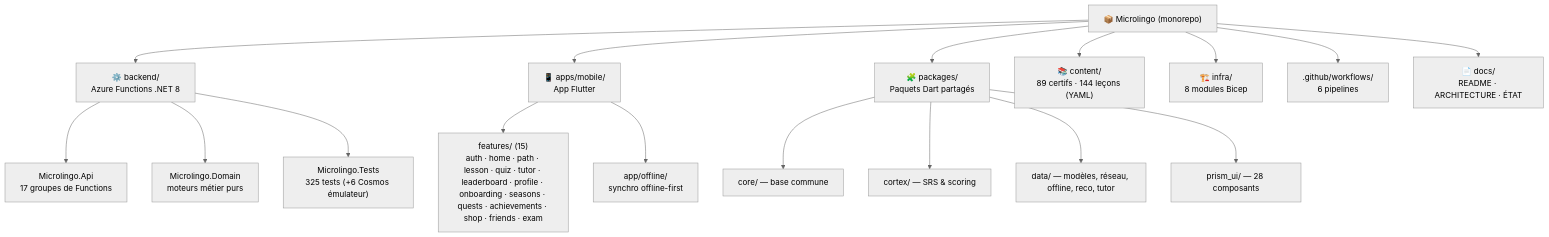
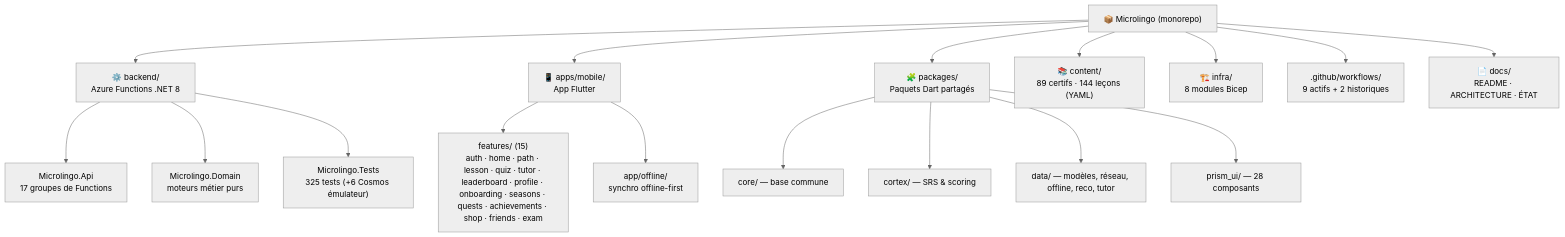
One commit to gaby27072001/certigo changed the first of 5 diagrams in docs/ETAT_DU_PROJET.md. Above: the diagram before and after it, drawn with Mermaid (neutral theme). The commit also changed other lines of this file and 3 other files, not shown here.

````diff
--- a/docs/ETAT_DU_PROJET.md
+++ b/docs/ETAT_DU_PROJET.md
@@ -60,24 +60,24 @@
 ```mermaid
 graph TD
     ROOT["📦 Microlingo (monorepo)"]
 
     ROOT --> BE["⚙️ backend/<br/>Azure Functions .NET 8"]
     ROOT --> APP["📱 apps/mobile/<br/>App Flutter"]
     ROOT --> PKG["🧩 packages/<br/>Paquets Dart partagés"]
     ROOT --> CNT["📚 content/<br/>89 certifs · 144 leçons (YAML)"]
     ROOT --> INF["🏗️ infra/<br/>8 modules Bicep"]
-    ROOT --> CI[".github/workflows/<br/>6 pipelines"]
+    ROOT --> CI[".github/workflows/<br/>9 actifs + 2 historiques"]
     ROOT --> DOC["📄 docs/<br/>README · ARCHITECTURE · ÉTAT"]
 
     BE --> API["Microlingo.Api<br/>17 groupes de Functions"]
     BE --> DOM["Microlingo.Domain<br/>moteurs métier purs"]
     BE --> TST["Microlingo.Tests<br/>325 tests (+6 Cosmos émulateur)"]
 
     PKG --> CORE["core/ — base commune"]
     PKG --> CORTEX["cortex/ — SRS & scoring"]
     PKG --> DATA["data/ — modèles, réseau, offline, reco, tutor"]
     PKG --> PRISM["prism_ui/ — 28 composants"]
 
     APP --> FEAT["features/ (15)<br/>auth · home · path · lesson · quiz · tutor · leaderboard · profile · onboarding · seasons · quests · achievements · shop · friends · exam"]
     APP --> OFF["app/offline/<br/>synchro offline-first"]
 ```
````
